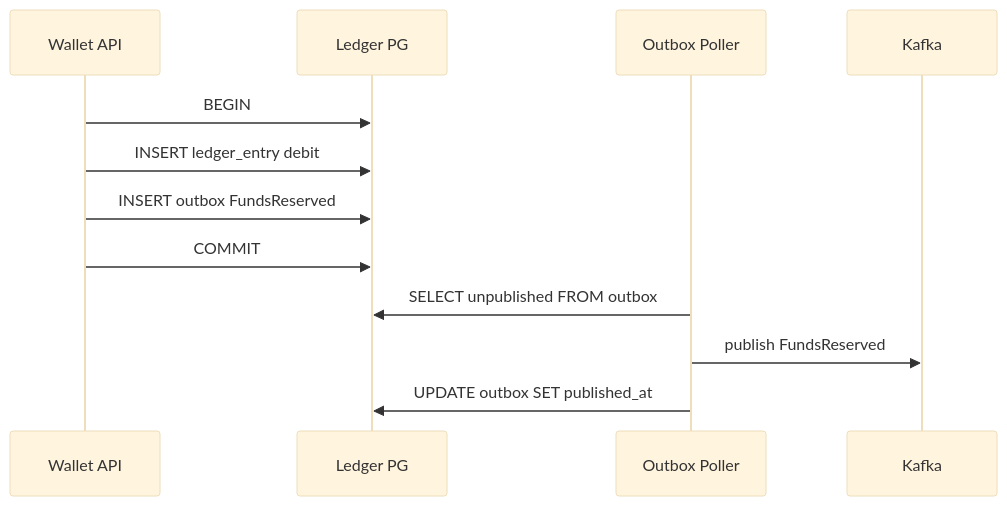
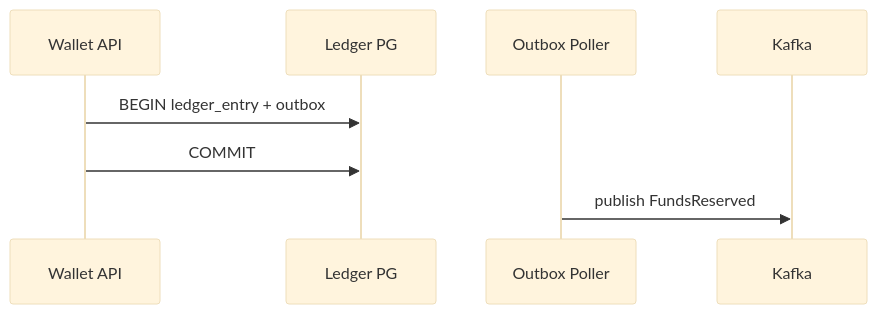
The second of 2 diagrams in examples/paypal-payments.md (Mr-Radion/system-design-interview), drawn with Mermaid (base theme) before and after one commit. The commit also changed other lines of this file and 60 other files, not shown here.

````diff
--- a/examples/paypal-payments.md
+++ b/examples/paypal-payments.md
@@ -344,15 +166,11 @@
 ```mermaid
 sequenceDiagram
     participant API as Wallet API
     participant DB as Ledger PG
     participant Relay as Outbox Poller
     participant K as Kafka
 
-    API->>DB: BEGIN
-    API->>DB: INSERT ledger_entry debit
-    API->>DB: INSERT outbox FundsReserved
+    API->>DB: BEGIN ledger_entry + outbox
     API->>DB: COMMIT
-    Relay->>DB: SELECT unpublished FROM outbox
     Relay->>K: publish FundsReserved
-    Relay->>DB: UPDATE outbox SET published_at
 ```
````
